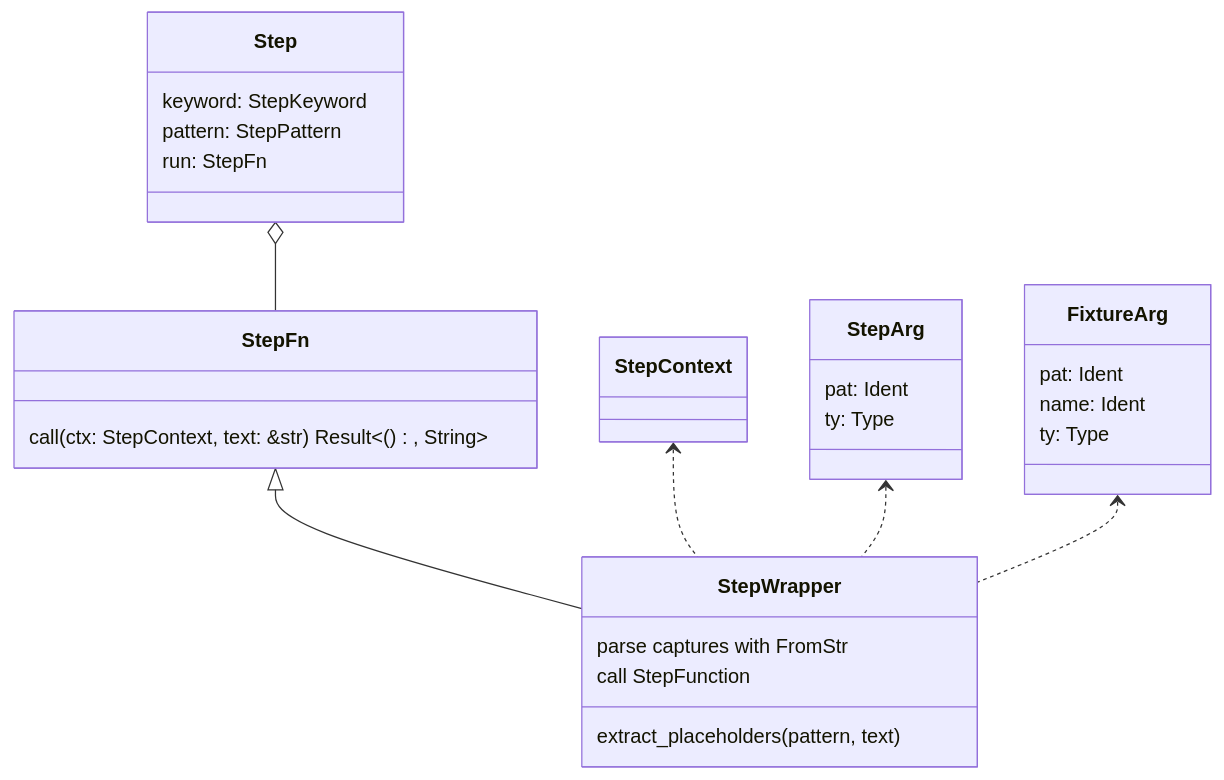
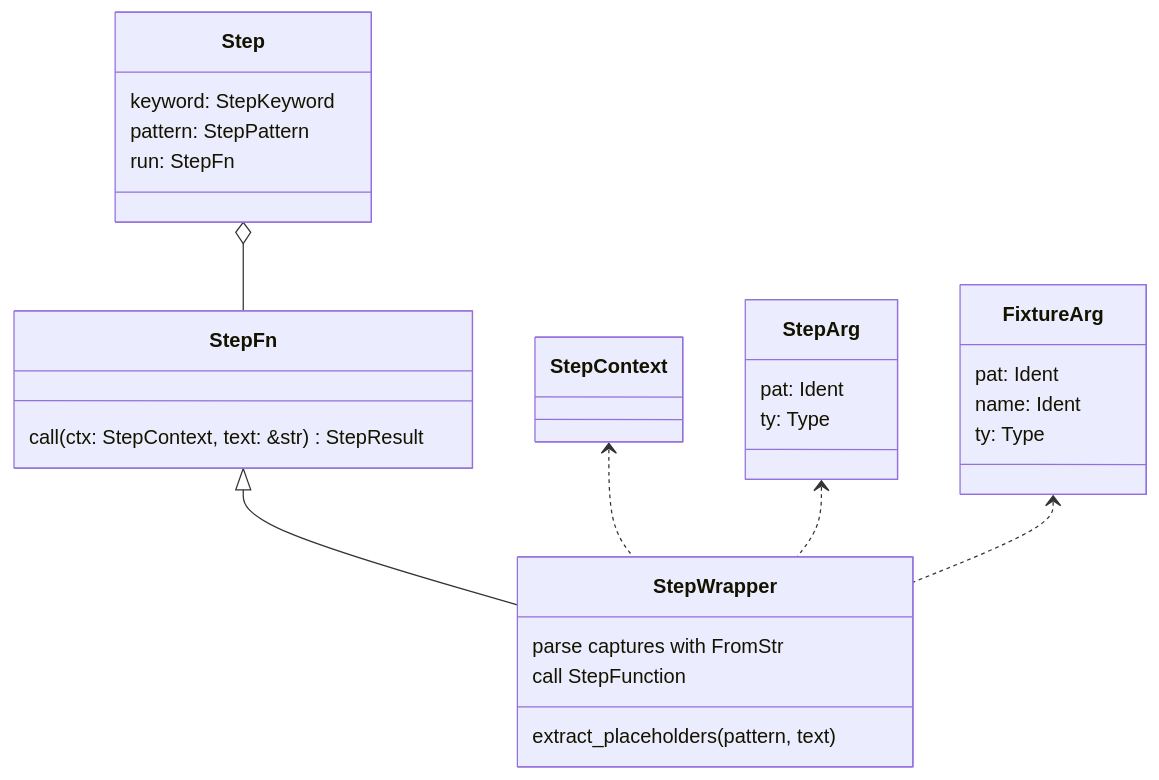
One commit to leynos/rstest-bdd changed the first of 3 diagrams in docs/rstest-bdd-design.md. Above: the diagram before and after it, drawn with Mermaid. The commit also changed other lines of this file and 6 other files, not shown here.

````diff
--- a/docs/rstest-bdd-design.md
+++ b/docs/rstest-bdd-design.md
@@ -447,31 +447,31 @@
 ```mermaid
 classDiagram
     class StepContext {
     }
     class StepArg {
         pat: Ident
         ty: Type
     }
     class FixtureArg {
         pat: Ident
         name: Ident
         ty: Type
     }
     class Step {
         keyword: StepKeyword
         pattern: StepPattern
         run: StepFn
     }
     class StepFn {
-        call(ctx: StepContext, text: &str) Result<(), String>
+        call(ctx: StepContext, text: &str) StepResult
     }
     class StepWrapper
     StepWrapper : extract_placeholders(pattern, text)
     StepWrapper : parse captures with FromStr
     StepWrapper : call StepFunction
     StepFn <|-- StepWrapper
     StepContext <.. StepWrapper
     StepArg <.. StepWrapper
     FixtureArg <.. StepWrapper
     Step o-- StepFn
 ```
````
